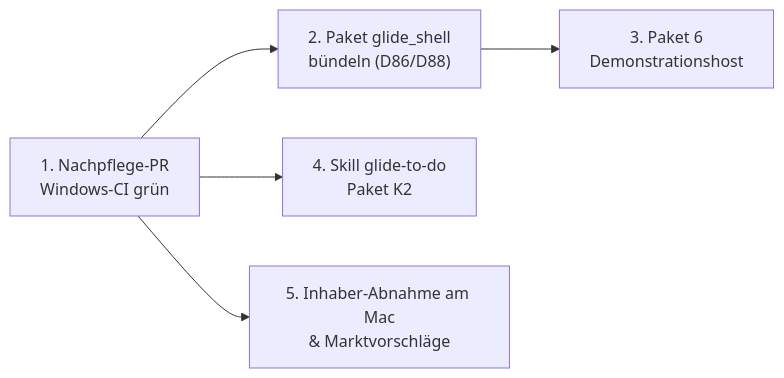
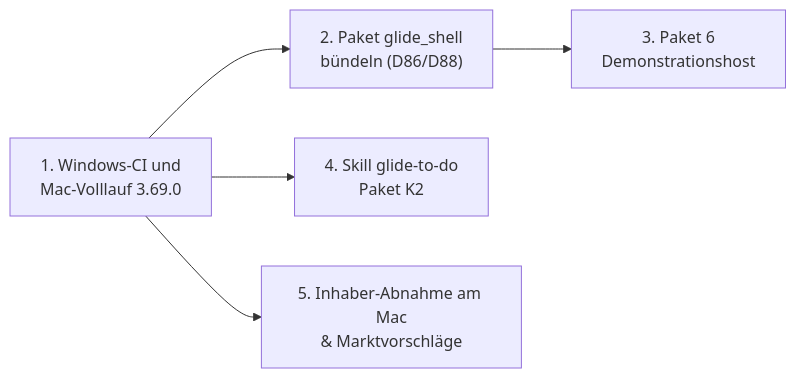
The second of 2 diagrams in 00_Arbeitsvorbereitung/Glide_Uebergabe.md (n05a-design/glide-to-do), drawn with Mermaid before and after one commit. The commit also changed other lines of this file and 12 other files, not shown here.

````diff
--- a/00_Arbeitsvorbereitung/Glide_Uebergabe.md
+++ b/00_Arbeitsvorbereitung/Glide_Uebergabe.md
@@ -78,7 +82,7 @@
 ```mermaid
 flowchart LR
-    S1["1. Nachpflege-PR<br/>Windows-CI grün"] --> S2["2. Paket glide_shell<br/>bündeln (D86/D88)"]
+    S1["1. Windows-CI und<br/>Mac-Volllauf 3.69.0"] --> S2["2. Paket glide_shell<br/>bündeln (D86/D88)"]
     S2 --> S3["3. Paket 6<br/>Demonstrationshost"]
     S1 --> K2["4. Skill glide-to-do<br/>Paket K2"]
     S1 --> INH["5. Inhaber-Abnahme am Mac<br/>& Marktvorschläge"]
 ```
````
